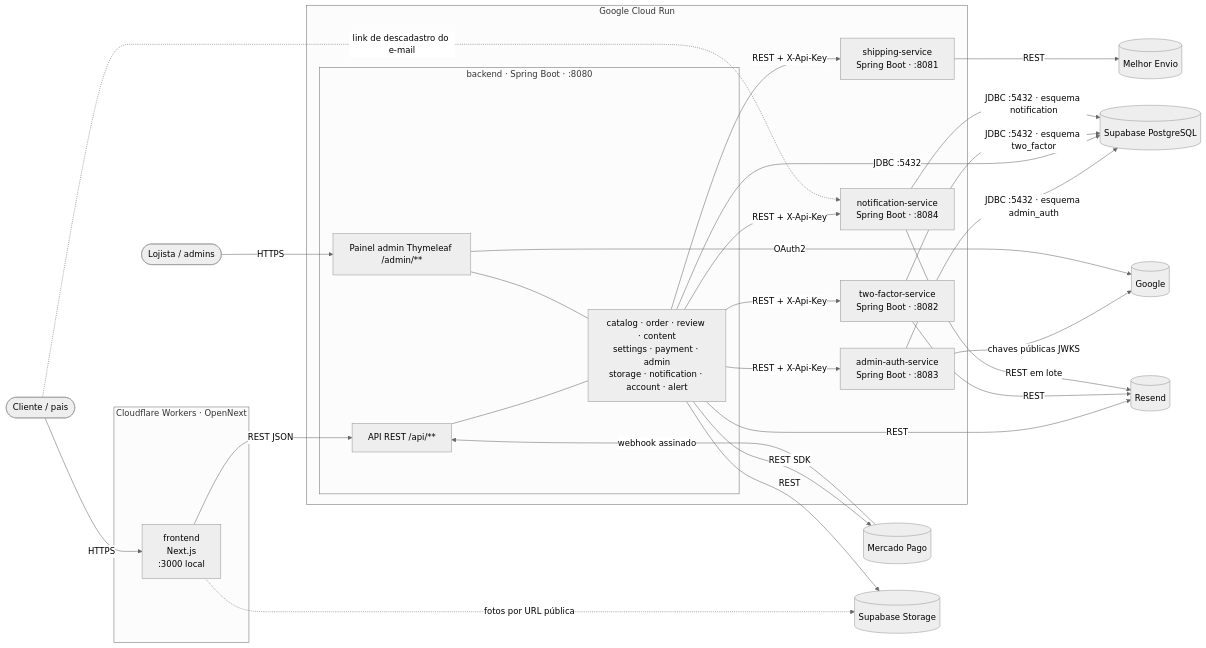
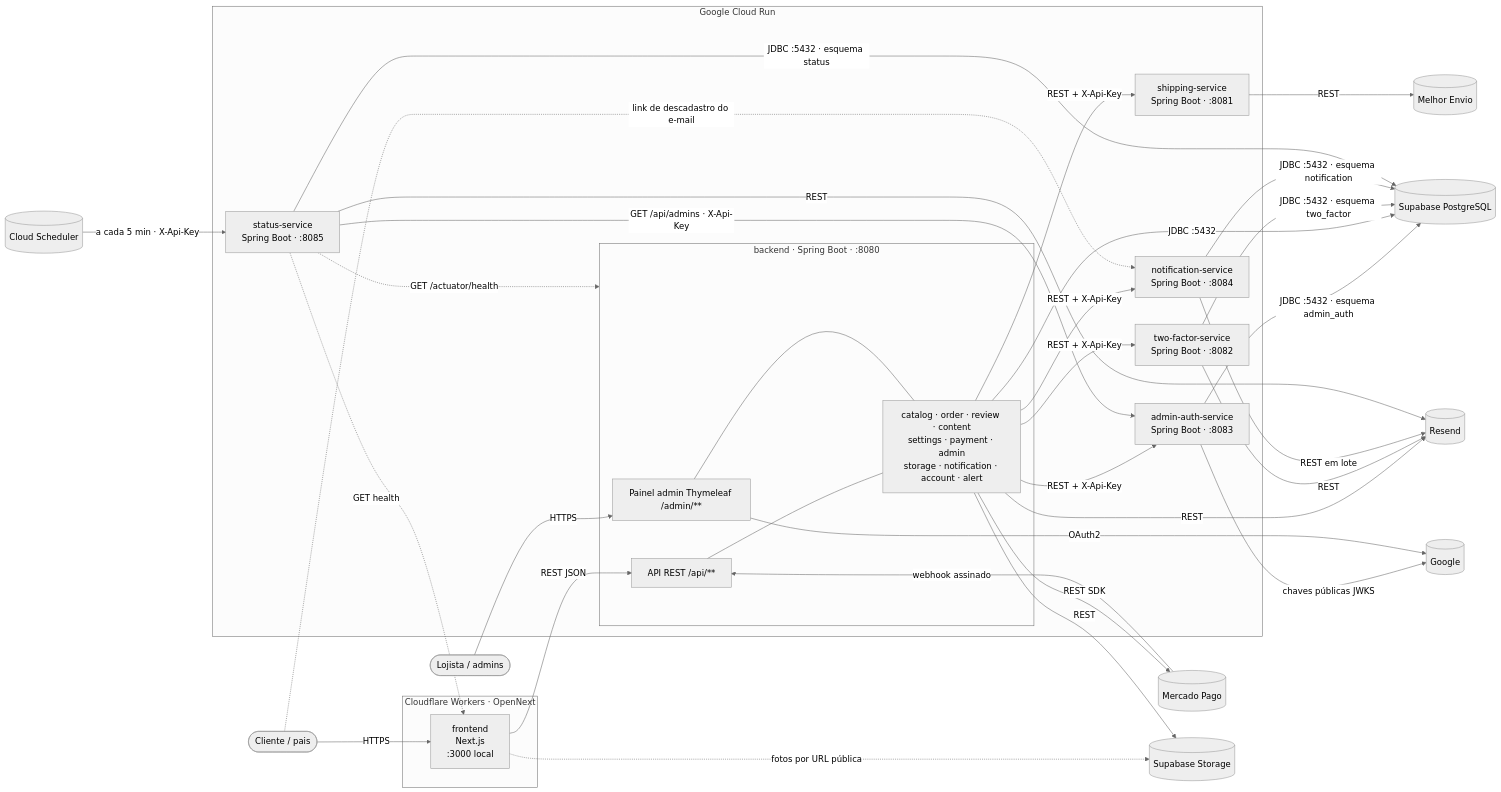
One commit to gabribaruelc/ASOBI changed the first of 12 diagrams in docs/arquitetura.md. Above: the diagram before and after it, drawn with Mermaid (neutral theme). The commit also changed other lines of this file and 56 other files, not shown here.

Commit message:
feat: senha no painel para a conta principal e status-service para avisar quando algo sai do ar

````diff
--- a/docs/arquitetura.md
+++ b/docs/arquitetura.md
@@ -221,44 +225,51 @@
 ```mermaid
 flowchart LR
     cliente([Cliente / pais]) -->|HTTPS| loja
     lojista([Lojista / admins]) -->|HTTPS| painel
 
     subgraph CF[Cloudflare Workers · OpenNext]
         loja[frontend<br/>Next.js<br/>:3000 local]
     end
 
     subgraph CR[Google Cloud Run]
         subgraph BE[backend · Spring Boot · :8080]
             api[API REST /api/**]
             painel[Painel admin Thymeleaf /admin/**]
             mods[catalog · order · review · content<br/>settings · payment · admin<br/>storage · notification · account · alert]
         end
         ship[shipping-service<br/>Spring Boot · :8081]
         auth[admin-auth-service<br/>Spring Boot · :8083]
         twofa[two-factor-service<br/>Spring Boot · :8082]
         notif[notification-service<br/>Spring Boot · :8084]
+        status[status-service<br/>Spring Boot · :8085]
     end
+    CS[(Cloud Scheduler)] -->|a cada 5 min · X-Api-Key| status
 
     loja -->|REST JSON| api
     api --- mods
     painel --- mods
     mods -->|REST + X-Api-Key| ship
     ship -->|REST| ME[(Melhor Envio)]
     mods -->|REST + X-Api-Key| auth
     auth -->|JDBC :5432 · esquema admin_auth| DB
     auth -->|chaves públicas JWKS| G
     mods -->|JDBC :5432| DB[(Supabase PostgreSQL)]
     mods -->|REST SDK| MP[(Mercado Pago)]
     mods -->|REST| ST[(Supabase Storage)]
     mods -->|REST| RS[(Resend)]
     loja -.->|fotos por URL pública| ST
     mods -->|REST + X-Api-Key| twofa
     mods -->|REST + X-Api-Key| notif
     twofa -->|JDBC :5432 · esquema two_factor| DB
     twofa -->|REST| RS
     notif -->|JDBC :5432 · esquema notification| DB
     notif -->|REST em lote| RS
     cliente -.->|link de descadastro do e-mail| notif
     MP -->|webhook assinado| api
+    status -.->|GET health| loja
+    status -.->|GET /actuator/health| BE
+    status -->|GET /api/admins · X-Api-Key| auth
+    status -->|JDBC :5432 · esquema status| DB
+    status -->|REST| RS
     painel -->|OAuth2| G[(Google)]
 ```
````
